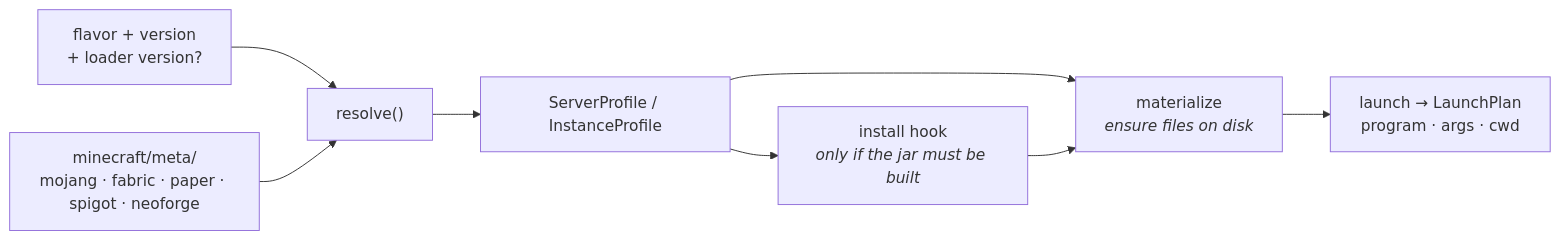
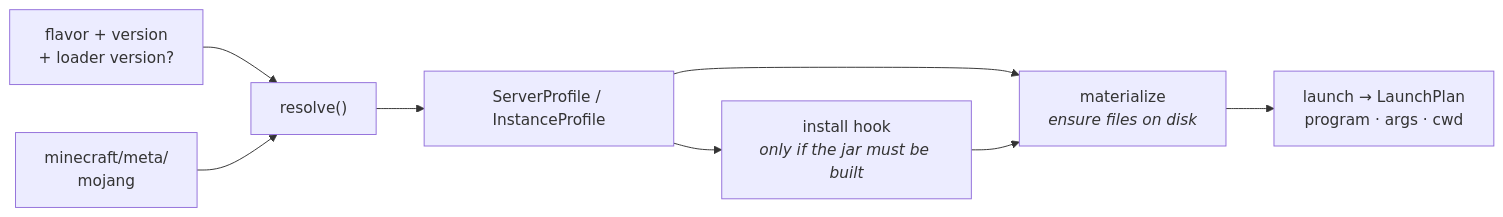
Before and after one commit to prytaneum/hestia: the diagram in docs/architecture/minecraft.md, drawn with Mermaid. The commit also changed other lines of this file and 9 other files, not shown here.

````diff
--- a/docs/architecture/minecraft.md
+++ b/docs/architecture/minecraft.md
@@ -92,10 +87,10 @@
 ```mermaid
 flowchart LR
     REQ["flavor + version<br/>+ loader version?"] --> RES["resolve()"]
-    META["minecraft/meta/<br/>mojang · fabric · paper · spigot · neoforge"] --> RES
+    META["minecraft/meta/<br/>mojang"] --> RES
     RES --> PROF["ServerProfile / InstanceProfile"]
     PROF --> INST["install hook<br/><i>only if the jar must be built</i>"]
     PROF --> MAT["materialize<br/><i>ensure files on disk</i>"]
     INST --> MAT
     MAT --> PLAN["launch → LaunchPlan<br/>program · args · cwd"]
 ```
````
